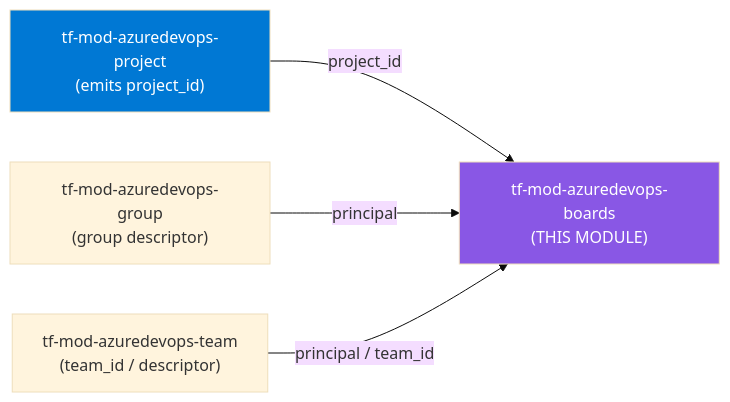
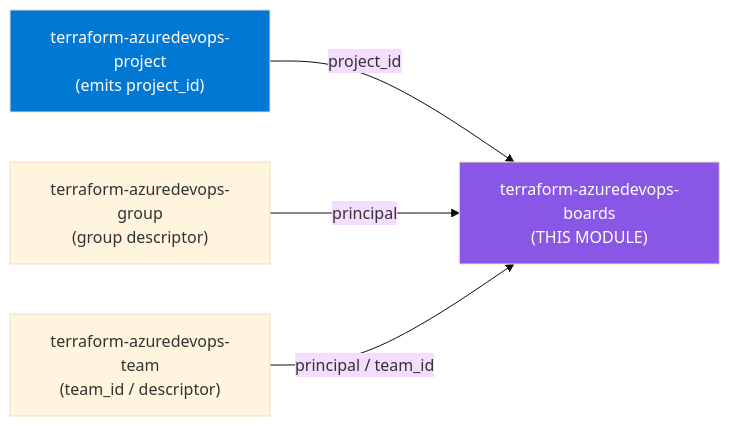
The first of 2 diagrams in README.md (microsoftexpert/terraform-azuredevops-boards), drawn with Mermaid (base theme) before and after one commit. The commit also changed other lines of this file and 2 other files, not shown here.

````diff
--- a/README.md
+++ b/README.md
@@ -41,14 +41,14 @@
 ```mermaid
 flowchart LR
- project["tf-mod-azuredevops-project<br/>(emits project_id)"]
- group["tf-mod-azuredevops-group<br/>(group descriptor)"]
- team["tf-mod-azuredevops-team<br/>(team_id / descriptor)"]
- boards["tf-mod-azuredevops-boards<br/>(THIS MODULE)"]
+ project["terraform-azuredevops-project<br/>(emits project_id)"]
+ group["terraform-azuredevops-group<br/>(group descriptor)"]
+ team["terraform-azuredevops-team<br/>(team_id / descriptor)"]
+ boards["terraform-azuredevops-boards<br/>(THIS MODULE)"]
 
  project -->|project_id| boards
  group -->|principal| boards
  team -->|principal / team_id| boards
 
  style boards fill:#8957E5,color:#fff
  style project fill:#0078D4,color:#fff
 ```
````
